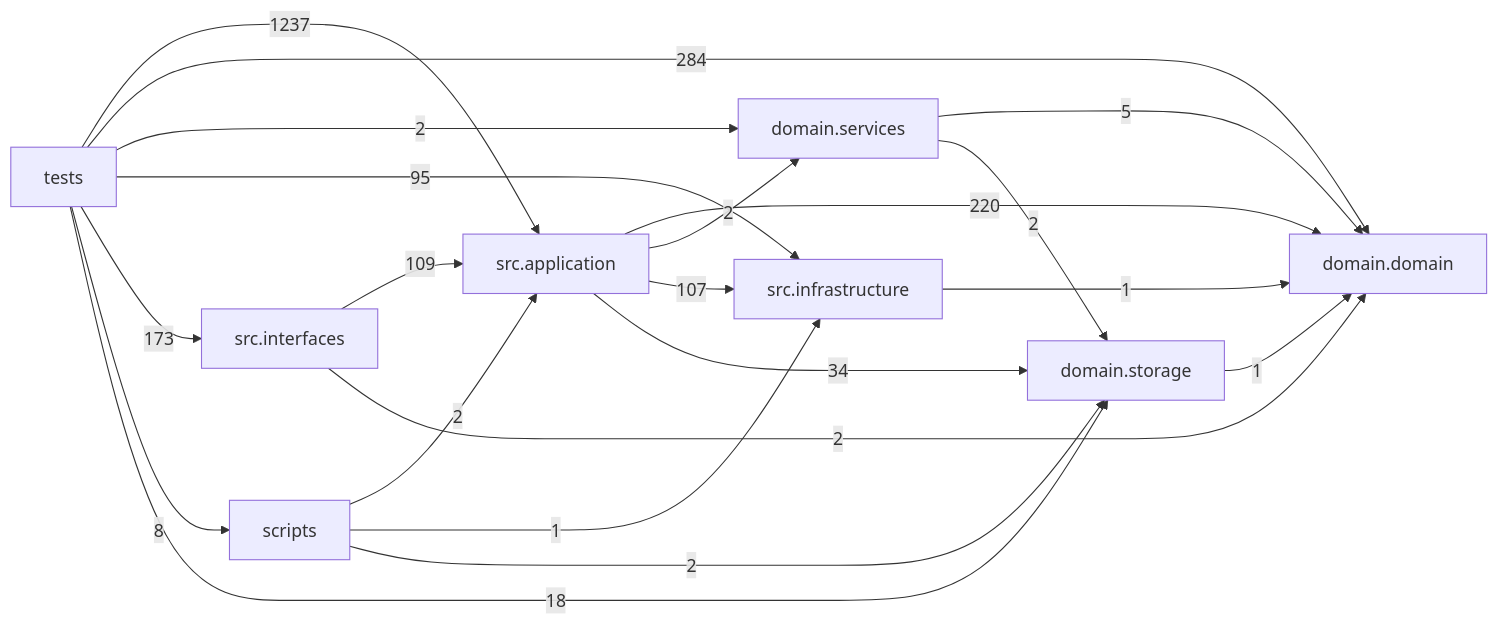
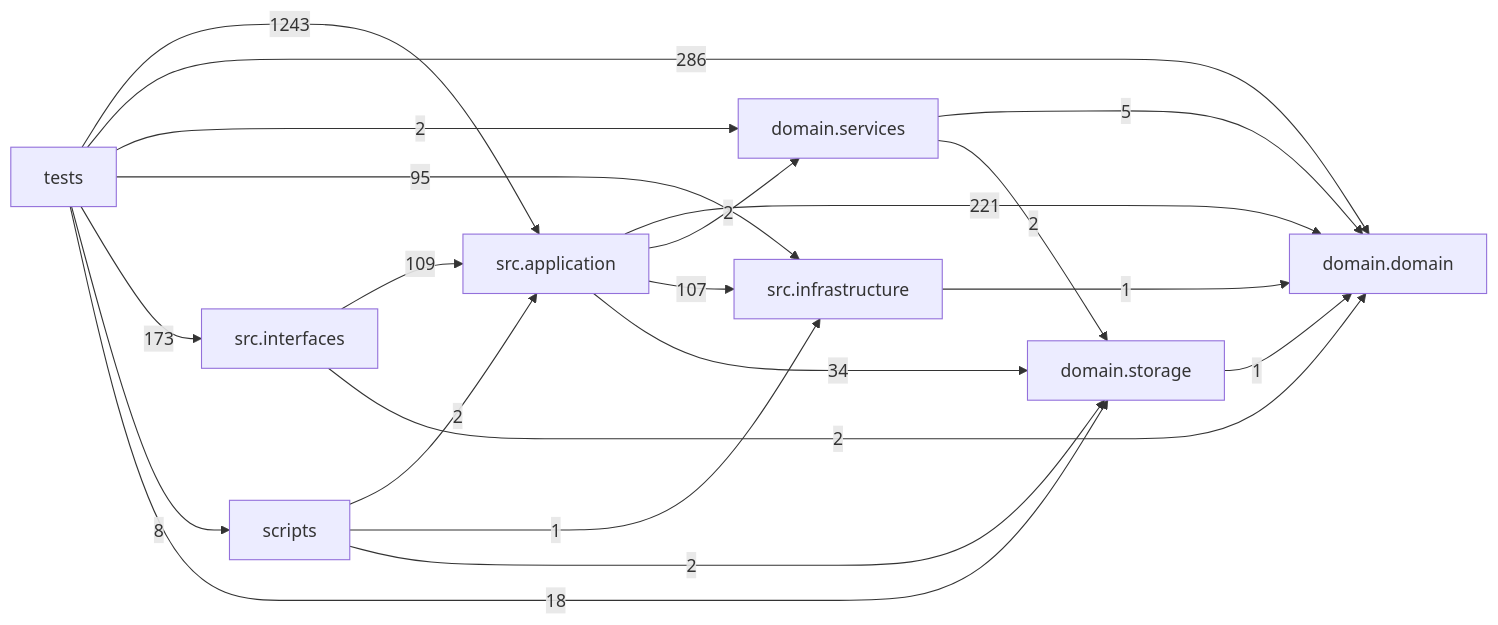
The diagram in docs/DEPENDENCY_GRAPH.md (liuxie066/options-monitor), drawn with Mermaid before and after one commit. The commit also changed other lines of this file and 7 other files, not shown here.

````diff
--- a/docs/DEPENDENCY_GRAPH.md
+++ b/docs/DEPENDENCY_GRAPH.md
@@ -24,31 +24,31 @@
 ```mermaid
 flowchart LR
   tests["tests"]
   scripts["scripts"]
   interfaces["src.interfaces"]
   application["src.application"]
   infrastructure["src.infrastructure"]
   domain_services["domain.services"]
   domain["domain.domain"]
   storage["domain.storage"]
-  application -->|220| domain
+  application -->|221| domain
   application -->|2| domain_services
   application -->|107| infrastructure
   application -->|34| storage
   domain_services -->|5| domain
   domain_services -->|2| storage
   infrastructure -->|1| domain
   interfaces -->|109| application
   interfaces -->|2| domain
   scripts -->|2| application
   scripts -->|1| infrastructure
   scripts -->|2| storage
   storage -->|1| domain
-  tests -->|1237| application
-  tests -->|284| domain
+  tests -->|1243| application
+  tests -->|286| domain
   tests -->|2| domain_services
   tests -->|95| infrastructure
   tests -->|173| interfaces
   tests -->|8| scripts
   tests -->|18| storage
 ```
````
